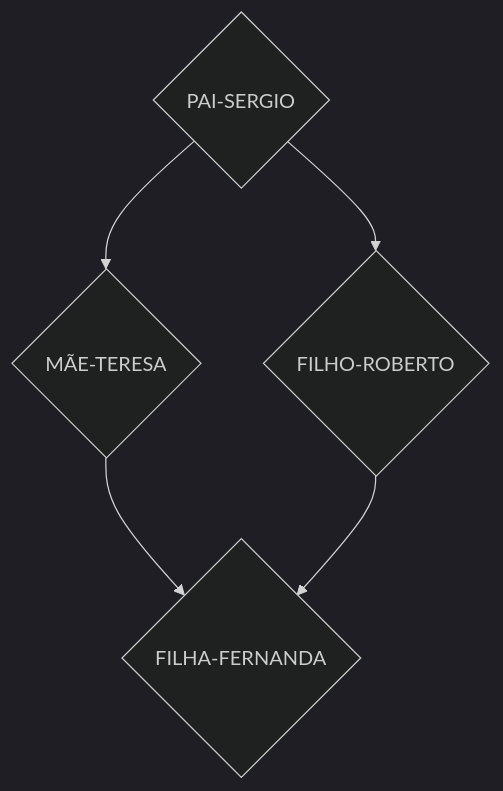
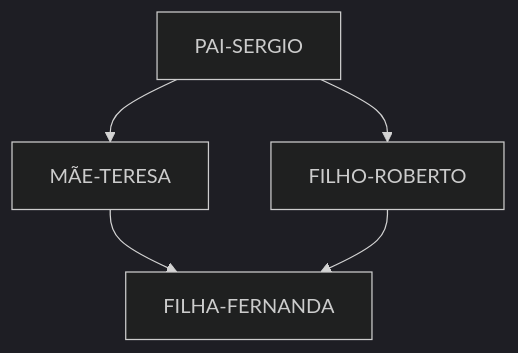
The first of 2 diagrams in DIO/Decola Tech 3a edição/Introdução à Programação e Pensamento Computacional.md (santana-devin/academy-space), drawn with Mermaid (dark theme) before and after one commit. The commit also changed other lines of this file, not shown here.

````diff
--- a/DIO/Decola Tech 3a edição/Introdução à Programação e Pensamento Computacional.md
+++ b/DIO/Decola Tech 3a edição/Introdução à Programação e Pensamento Computacional.md
@@ -184,7 +184,7 @@
-  ```mermaid
+```mermaid
 graph TD;
-    A{PAI-SERGIO}-->B{MÃE-TERESA};
-    A-->C{FILHO-ROBERTO};
-    B-->D{FILHA-FERNANDA};
+    A[PAI-SERGIO]-->B[MÃE-TERESA];
+    A-->C[FILHO-ROBERTO];
+    B-->D[FILHA-FERNANDA];
     C-->D;
 ```
````
